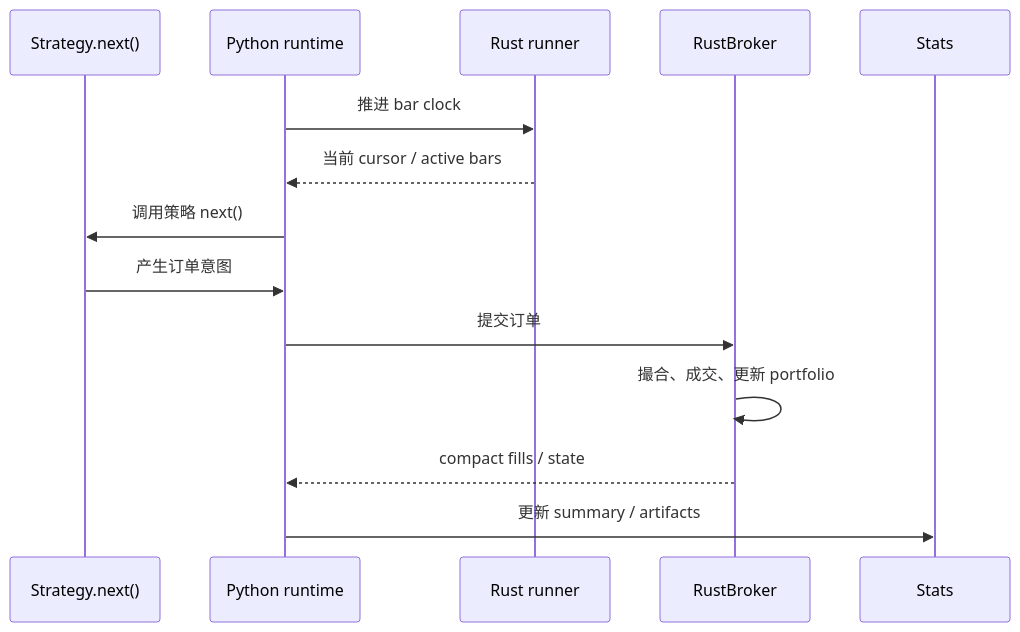
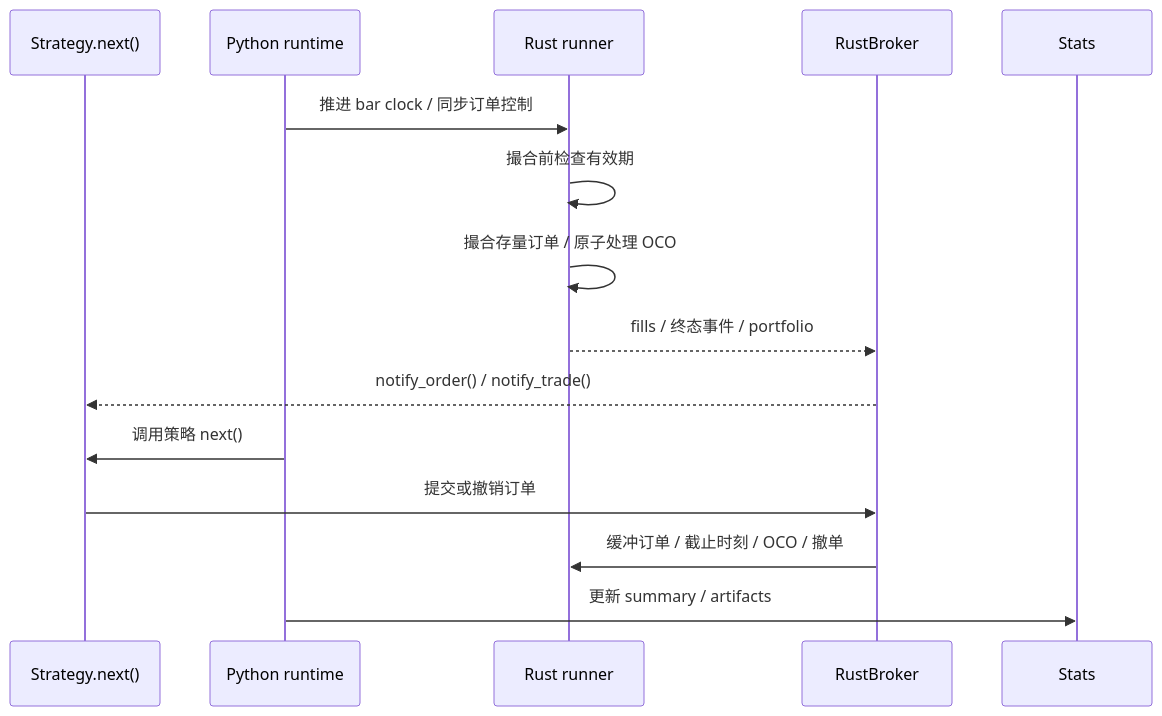
The diagram in docs/concepts/runtime.md (MuuYesen/trade-learn), drawn with Mermaid before and after one commit. The commit also changed other lines of this file and 37 other files, not shown here.

````diff
--- a/docs/concepts/runtime.md
+++ b/docs/concepts/runtime.md
@@ -25,17 +25,18 @@
 ```mermaid
 sequenceDiagram
     participant S as Strategy.next()
     participant BT as Python runtime
     participant RR as Rust runner
     participant RB as RustBroker
     participant ST as Stats
 
-    BT->>RR: 推进 bar clock
-    RR-->>BT: 当前 cursor / active bars
+    BT->>RR: 推进 bar clock / 同步订单控制
+    RR->>RR: 撮合前检查有效期
+    RR->>RR: 撮合存量订单 / 原子处理 OCO
+    RR-->>RB: fills / 终态事件 / portfolio
+    RB-->>S: notify_order() / notify_trade()
     BT->>S: 调用策略 next()
-    S->>BT: 产生订单意图
-    BT->>RB: 提交订单
-    RB->>RB: 撮合、成交、更新 portfolio
-    RB-->>BT: compact fills / state
+    S->>RB: 提交或撤销订单
+    RB->>RR: 缓冲订单 / 截止时刻 / OCO / 撤单
     BT->>ST: 更新 summary / artifacts
 ```
````
